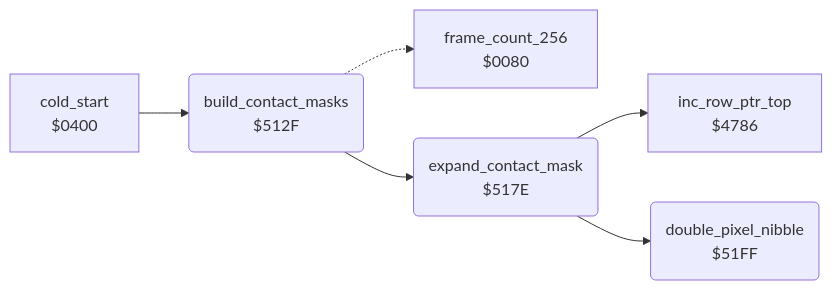
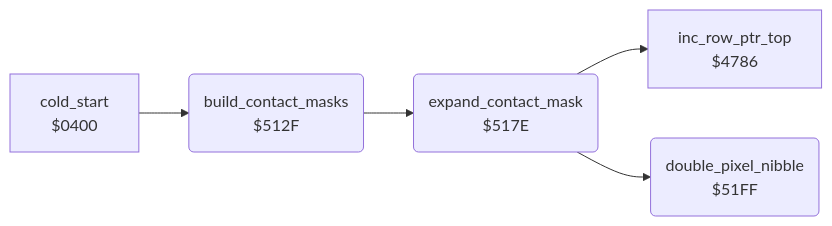
Before and after one commit to henols/c64_games: the diagram in bruce_lee/docs/reference/modules/actor/frame_builder.md, drawn with Mermaid. The commit also changed other lines of this file and 236 other files, not shown here.

````diff
--- a/bruce_lee/docs/reference/modules/actor/frame_builder.md
+++ b/bruce_lee/docs/reference/modules/actor/frame_builder.md
@@ -10,14 +18,12 @@
 ```mermaid
 flowchart LR
-  n0080["frame_count_256<br/>$0080"]
   n0400["cold_start<br/>$0400"]
   n4786["inc_row_ptr_top<br/>$4786"]
   n512f("build_contact_masks<br/>$512F")
   n517e("expand_contact_mask<br/>$517E")
   n51ff("double_pixel_nibble<br/>$51FF")
   n0400 --> n512f
-  n512f -.-> n0080
   n512f --> n517e
   n517e --> n4786
   n517e --> n51ff
 ```
````
